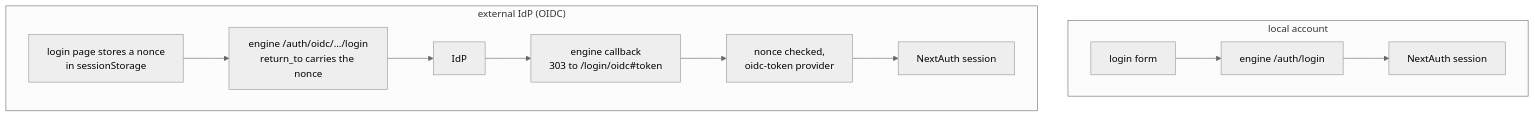
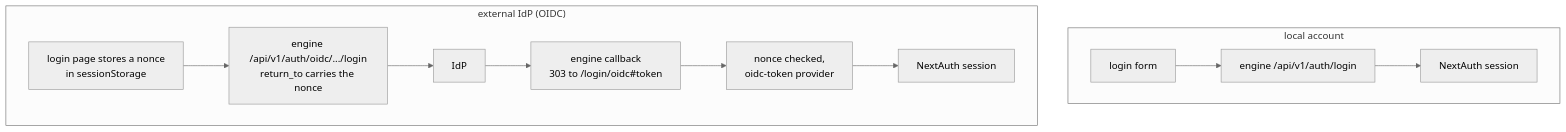
One commit to hyperi-io/dfe-ui changed the diagram in docs/authentication.md. Above: the diagram before and after it, drawn with Mermaid (neutral theme). The commit also changed other lines of this file and 15 other files, not shown here.

````diff
--- a/docs/authentication.md
+++ b/docs/authentication.md
@@ -7,9 +7,9 @@
 ```mermaid
 flowchart TB
     subgraph creds["local account"]
-        L1[login form] --> E1[engine /auth/login] --> S1[NextAuth session]
+        L1[login form] --> E1[engine /api/v1/auth/login] --> S1[NextAuth session]
     end
     subgraph oidc["external IdP (OIDC)"]
-        O1[login page stores a nonce<br/>in sessionStorage] --> O2[engine /auth/oidc/.../login<br/>return_to carries the nonce] --> O3[IdP] --> O4[engine callback<br/>303 to /login/oidc#token] --> O5[nonce checked,<br/>oidc-token provider] --> S2[NextAuth session]
+        O1[login page stores a nonce<br/>in sessionStorage] --> O2[engine /api/v1/auth/oidc/.../login<br/>return_to carries the nonce] --> O3[IdP] --> O4[engine callback<br/>303 to /login/oidc#token] --> O5[nonce checked,<br/>oidc-token provider] --> S2[NextAuth session]
     end
 ```
````
